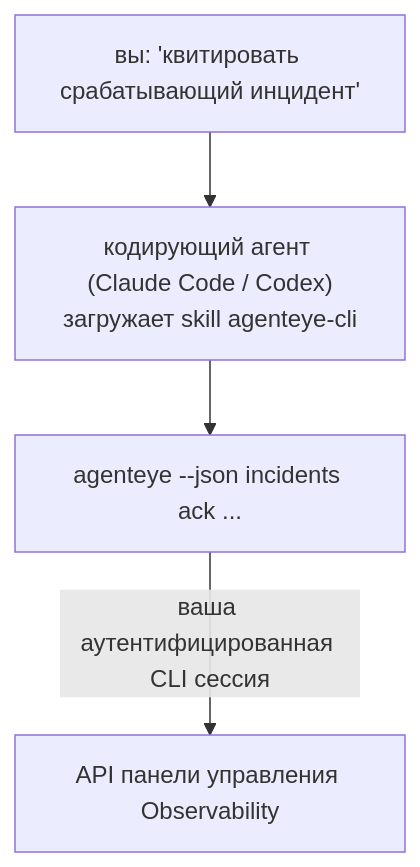
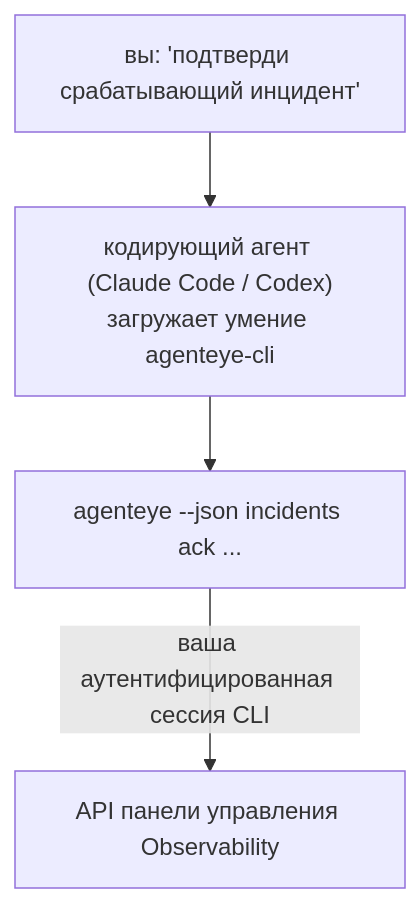
Before and after one commit to FailproofAI/failproofai: the diagram in docs/ru/agenteye/cli-skill.mdx, drawn with Mermaid. The commit also changed other lines of this file and 651 other files, not shown here.

````diff
--- a/docs/ru/agenteye/cli-skill.mdx
+++ b/docs/ru/agenteye/cli-skill.mdx
@@ -28,6 +28,6 @@
 ```mermaid
 flowchart TD
-    YOU["вы: 'квитировать срабатывающий инцидент'"] --> AGENT["кодирующий агент (Claude Code / Codex)<br/>загружает skill agenteye-cli"]
+    YOU["вы: 'подтверди срабатывающий инцидент'"] --> AGENT["кодирующий агент (Claude Code / Codex)<br/>загружает умение agenteye-cli"]
     AGENT --> CLI["agenteye --json incidents ack ..."]
-    CLI -->|ваша аутентифицированная CLI сессия| API["API панели управления Observability"]
+    CLI -->|ваша аутентифицированная сессия CLI| API["API панели управления Observability"]
 ```
````
